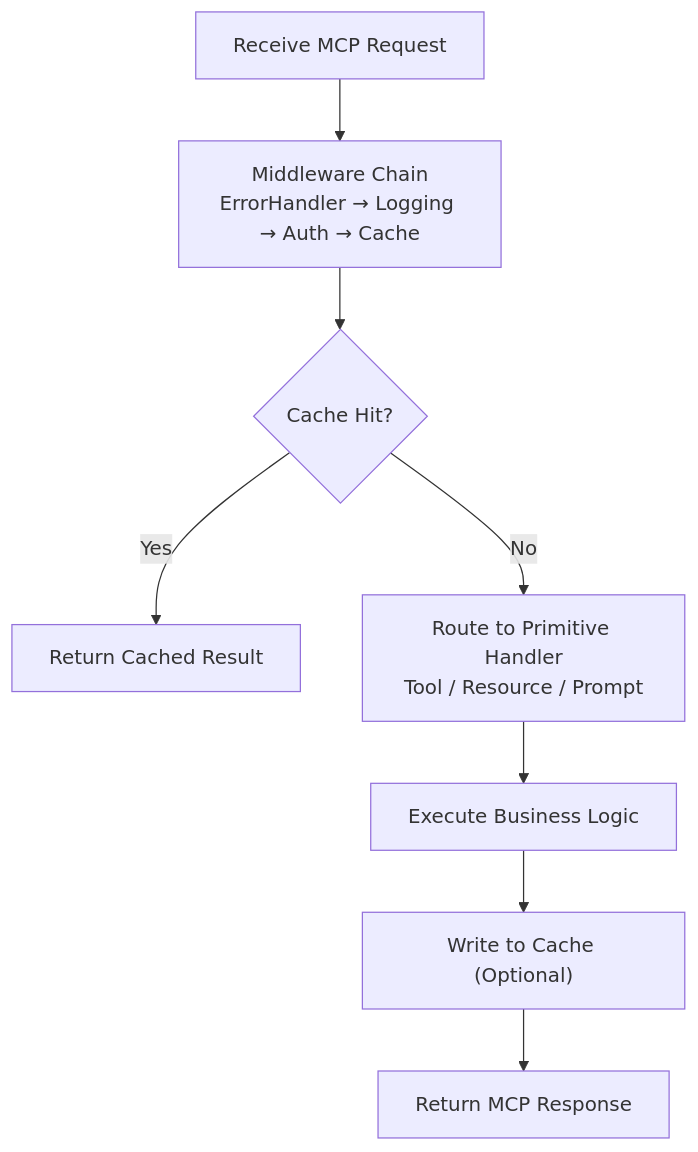
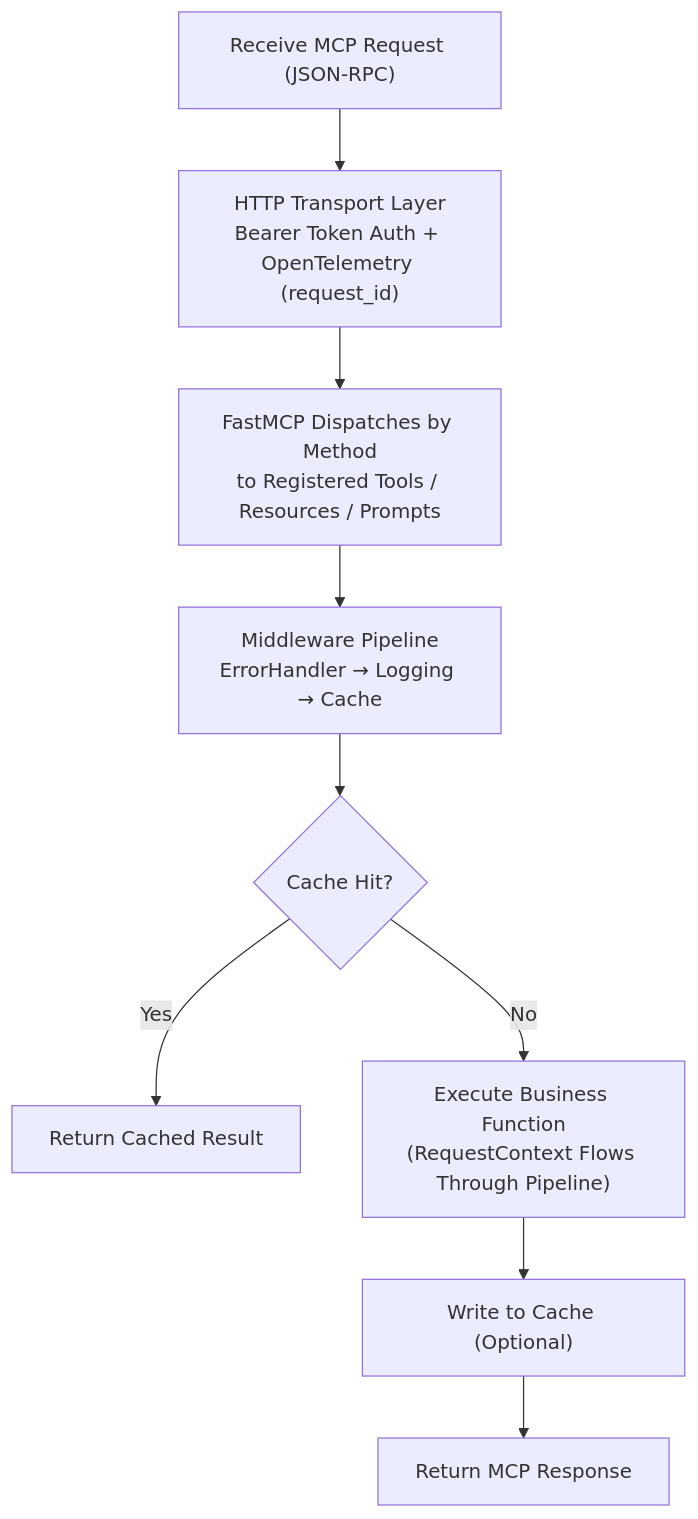
One commit to chain-engine/x-QiuChi changed the third of 4 diagrams in README.en.md. Above: the diagram before and after it, drawn with Mermaid. The commit also changed other lines of this file and 2 other files, not shown here.

````diff
--- a/README.en.md
+++ b/README.en.md
@@ -425,10 +426,11 @@
 ```mermaid
 flowchart TD
-    R1["Receive MCP Request"] --> R2["Middleware Chain<br/>ErrorHandler → Logging → Auth → Cache"]
-    R2 --> R3{"Cache Hit?"}
-    R3 -->|"Yes"| R8["Return Cached Result"]
-    R3 -->|"No"| R4["Route to Primitive Handler<br/>Tool / Resource / Prompt"]
-    R4 --> R5["Execute Business Logic"]
-    R5 --> R6["Write to Cache (Optional)"]
-    R6 --> R7["Return MCP Response"]
+    R1["Receive MCP Request (JSON-RPC)"] --> R2["HTTP Transport Layer<br/>Bearer Token Auth + OpenTelemetry (request_id)"]
+    R2 --> R3["FastMCP Dispatches by Method<br/>to Registered Tools / Resources / Prompts"]
+    R3 --> R4["Middleware Pipeline<br/>ErrorHandler → Logging → Cache"]
+    R4 --> R5{"Cache Hit?"}
+    R5 -->|"Yes"| R8["Return Cached Result"]
+    R5 -->|"No"| R6["Execute Business Function<br/>(RequestContext Flows Through Pipeline)"]
+    R6 --> R7["Write to Cache (Optional)"]
+    R7 --> R9["Return MCP Response"]
 ```
````
